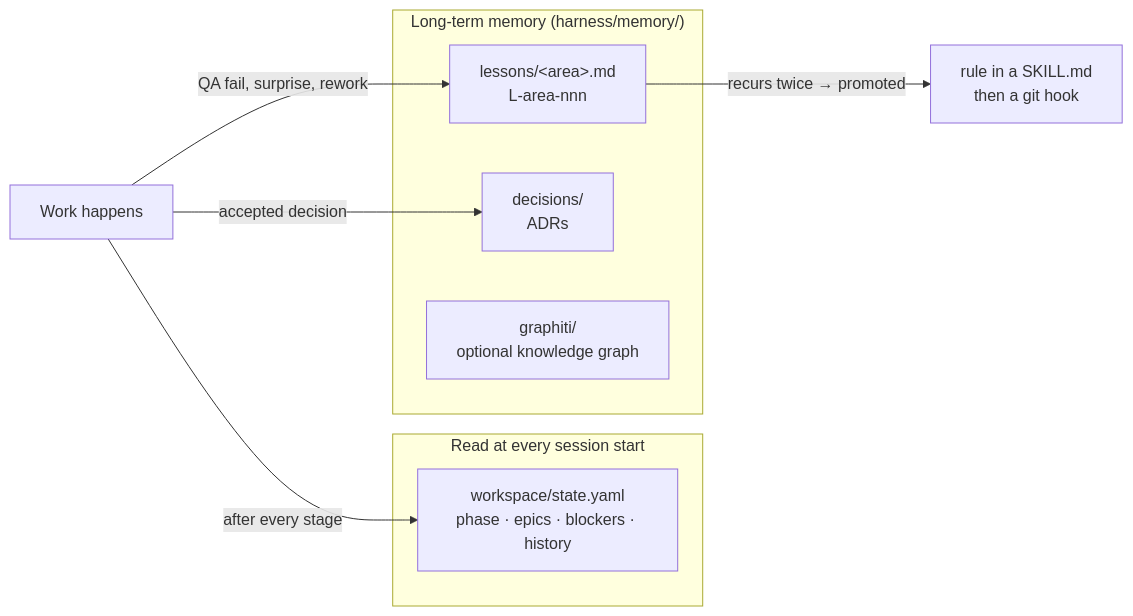
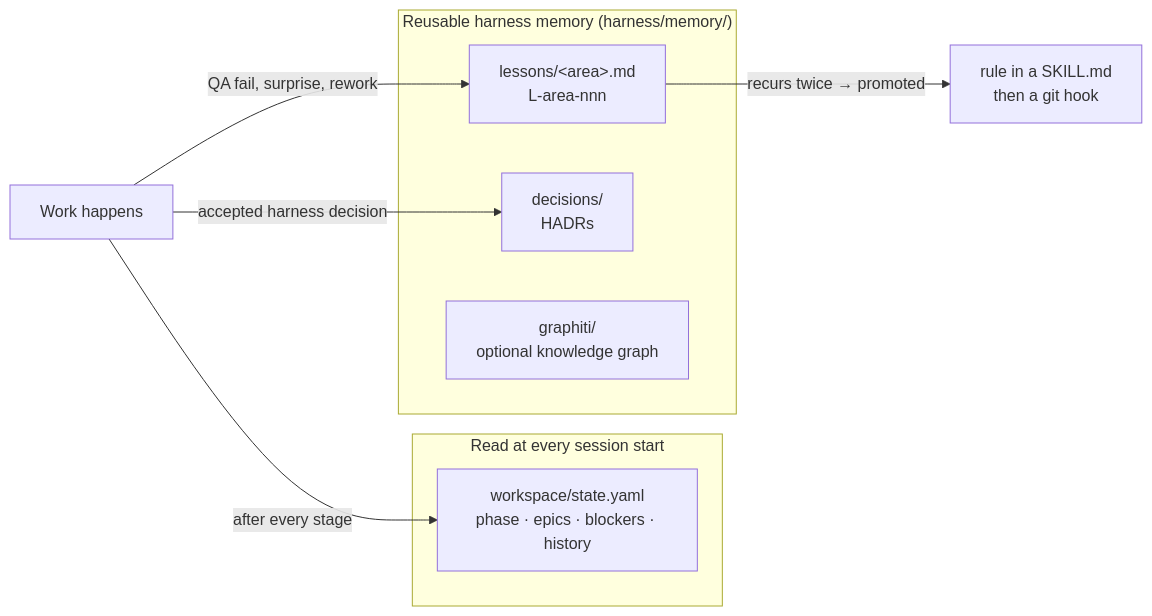
Before and after one commit to nuhin13/Workflow: the fifth of 7 diagrams in README.md, drawn with Mermaid. The commit also changed other lines of this file and 66 other files, not shown here.

````diff
--- a/README.md
+++ b/README.md
@@ -156,15 +156,15 @@
 ```mermaid
 flowchart LR
     subgraph EVERY_SESSION["Read at every session start"]
         ST["workspace/state.yaml<br>phase · epics · blockers · history"]
     end
-    subgraph LONG_TERM["Long-term memory (harness/memory/)"]
+    subgraph LONG_TERM["Reusable harness memory (harness/memory/)"]
         LE["lessons/&lt;area&gt;.md<br>L-area-nnn"]
-        AD["decisions/<br>ADRs"]
+        AD["decisions/<br>HADRs"]
         GR["graphiti/<br>optional knowledge graph"]
     end
     W[Work happens] -->|after every stage| ST
     W -->|QA fail, surprise, rework| LE
-    W -->|accepted decision| AD
+    W -->|accepted harness decision| AD
     LE -->|"recurs twice → promoted"| RULE["rule in a SKILL.md<br>then a git hook"]
 ```
````
